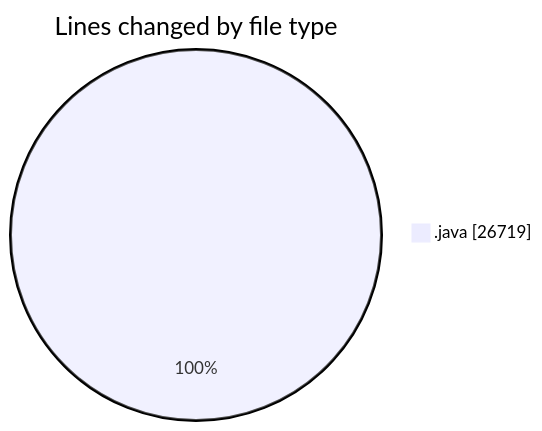
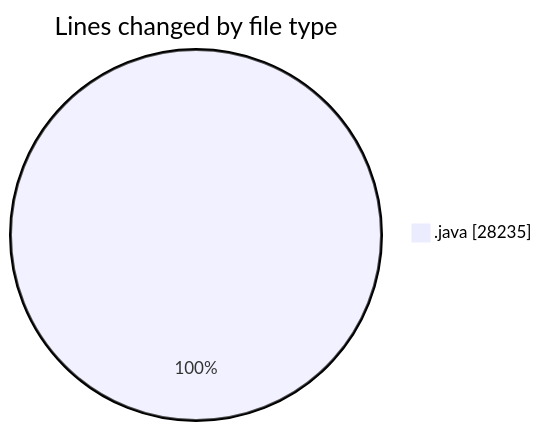
One commit to ricardozamudiocil/code-tracking changed the first of 2 diagrams in 2026-05-19/cilapp/README.md. Above: the diagram before and after it, drawn with Mermaid. The commit also changed other lines of this file and 1 other file, not shown here.

````diff
--- a/2026-05-19/cilapp/README.md
+++ b/2026-05-19/cilapp/README.md
@@ -23,5 +24,5 @@
 ```mermaid
 pie showData
 title Lines changed by file type
-".java" : 26719
+".java" : 28235
 ```
````
